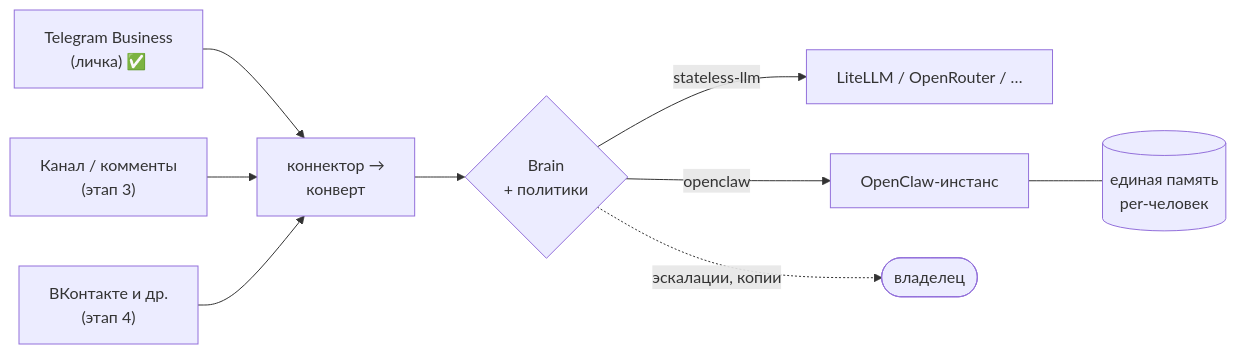
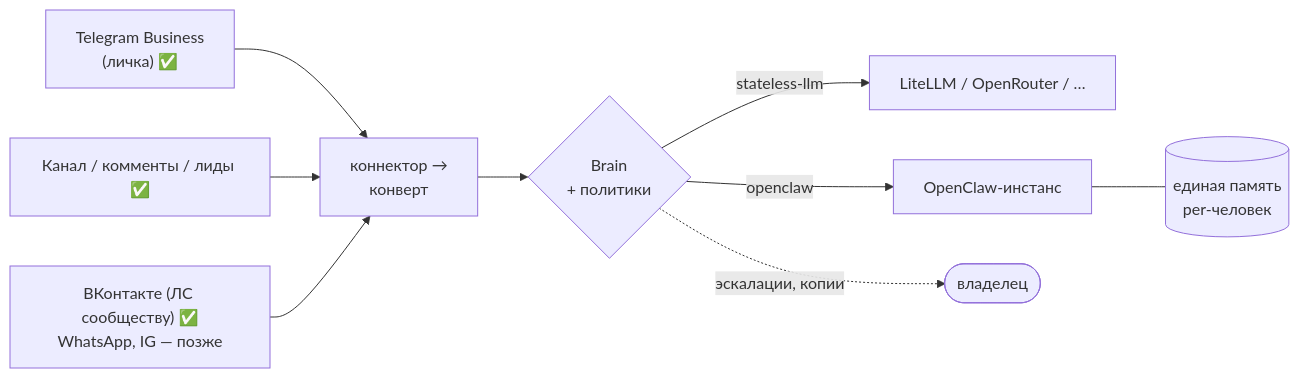
The diagram in README.md (Rivega42/telegram-secretary), drawn with Mermaid before and after one commit. The commit also changed other lines of this file and 10 other files, not shown here.

First line of the commit message:
feat: этап 4 — коннектор ВКонтакте + склейка персон между платформами

````diff
--- a/README.md
+++ b/README.md
@@ -47,11 +49,11 @@
 ```mermaid
 flowchart LR
     DM["Telegram Business<br>(личка) ✅"] --> E
-    CH["Канал / комменты<br>(этап 3)"] --> E
-    VK["ВКонтакте и др.<br>(этап 4)"] --> E
+    CH["Канал / комменты / лиды ✅"] --> E
+    VK["ВКонтакте (ЛС сообществу) ✅<br>WhatsApp, IG — позже"] --> E
     E["коннектор →<br>конверт"] --> BR{"Brain<br>+ политики"}
     BR -->|stateless-llm| LLM["LiteLLM / OpenRouter / …"]
     BR -->|openclaw| OC["OpenClaw-инстанс"]
     OC --- MEM[("единая память<br>per-человек")]
     BR -. эскалации, копии .-> OWN(["владелец"])
 ```
````
